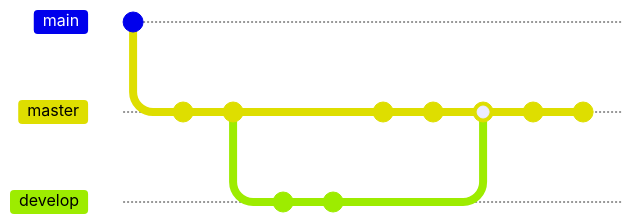
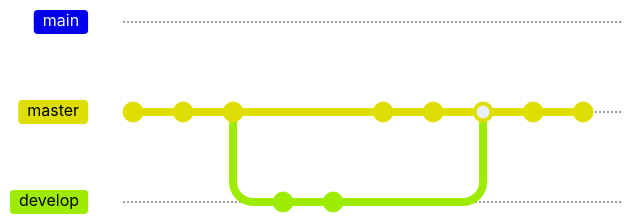
The diagram in publications.md (haprecht/haprecht.github.io), drawn with Mermaid before and after one commit. Commit ids are hidden.

```diff
--- a/publications.md
+++ b/publications.md
@@ -8,17 +8,16 @@
 <div class="mermaid">
   gitGraph
+    branch master
     commit id: "Initial commit"
-    branch master
-    checkout master
     commit
     commit
     branch develop
     commit
     commit
     checkout master
     commit
     commit
     merge develop
     commit
     commit
 </div>
```
